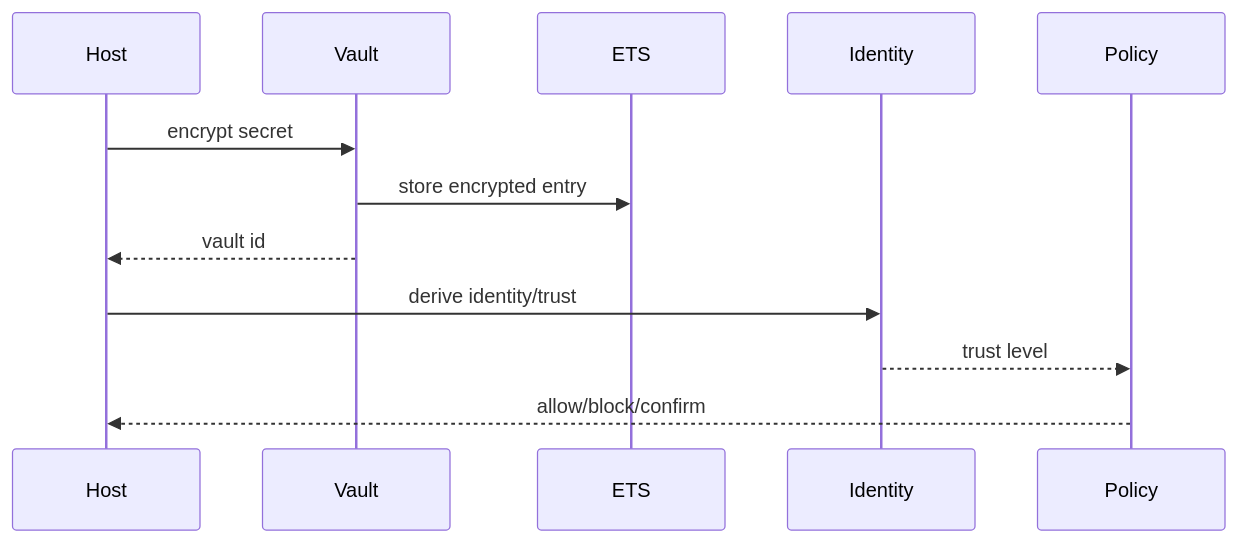
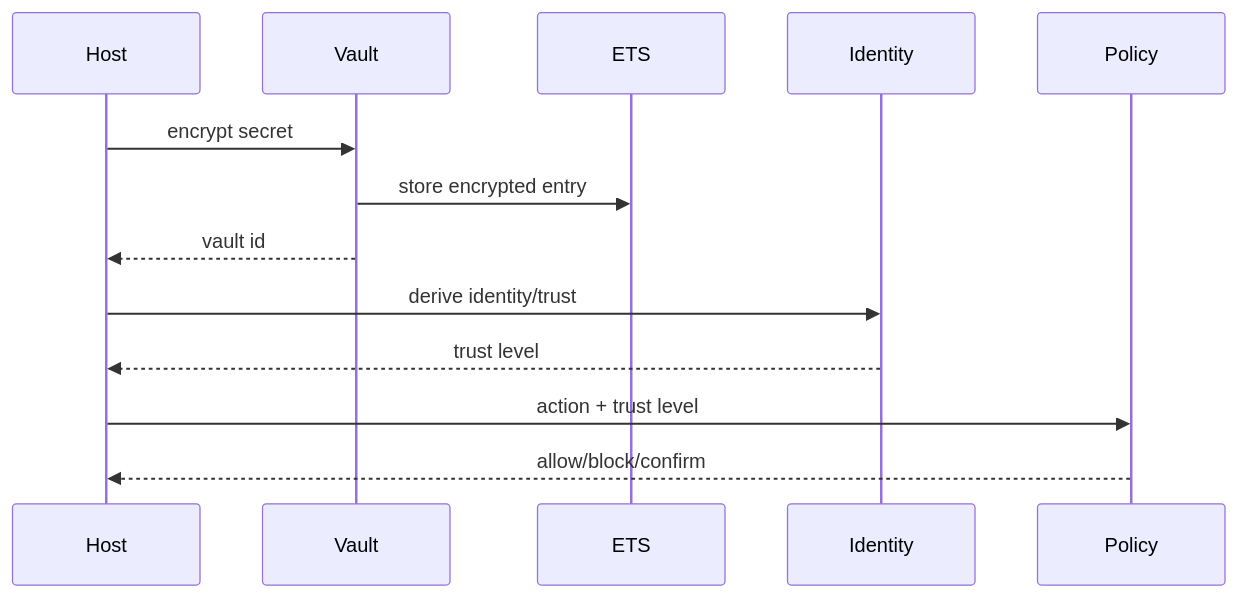
One commit to refpath/sigil_guard changed the diagram in docs/specs/SP.10-vault-and-identity-contracts.md. Above: the diagram before and after it, drawn with Mermaid. The commit also changed other lines of this file and 22 other files, not shown here.

````diff
--- a/docs/specs/SP.10-vault-and-identity-contracts.md
+++ b/docs/specs/SP.10-vault-and-identity-contracts.md
@@ -53,15 +53,16 @@
 ```mermaid
 sequenceDiagram
     participant Host
     participant Vault
     participant ETS
     participant Identity
     participant Policy
 
     Host->>Vault: encrypt secret
     Vault->>ETS: store encrypted entry
     Vault-->>Host: vault id
     Host->>Identity: derive identity/trust
-    Identity-->>Policy: trust level
+    Identity-->>Host: trust level
+    Host->>Policy: action + trust level
     Policy-->>Host: allow/block/confirm
 ```
````
